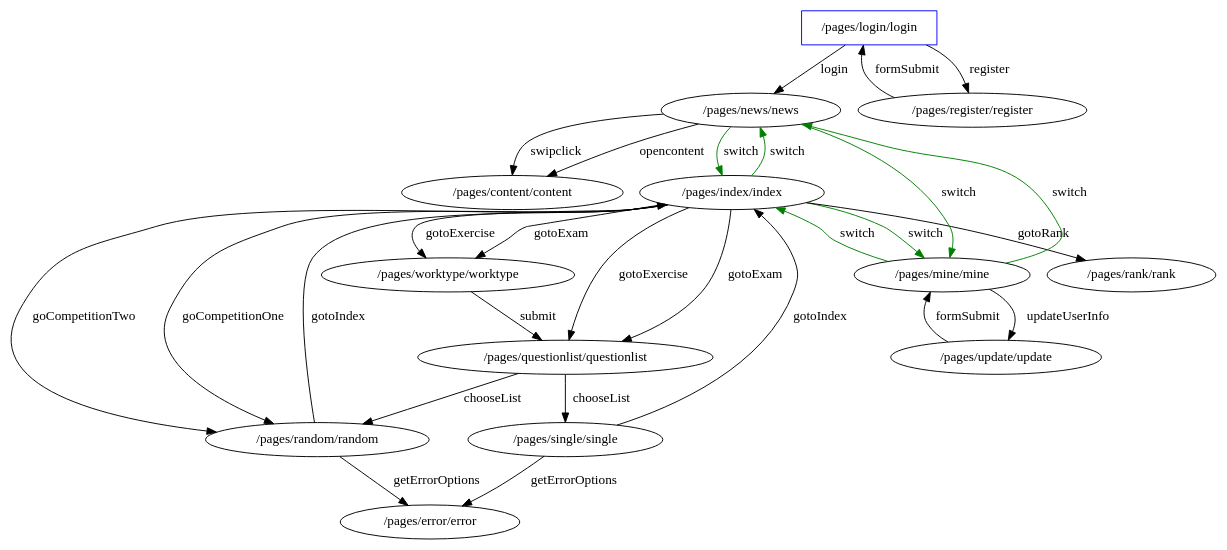
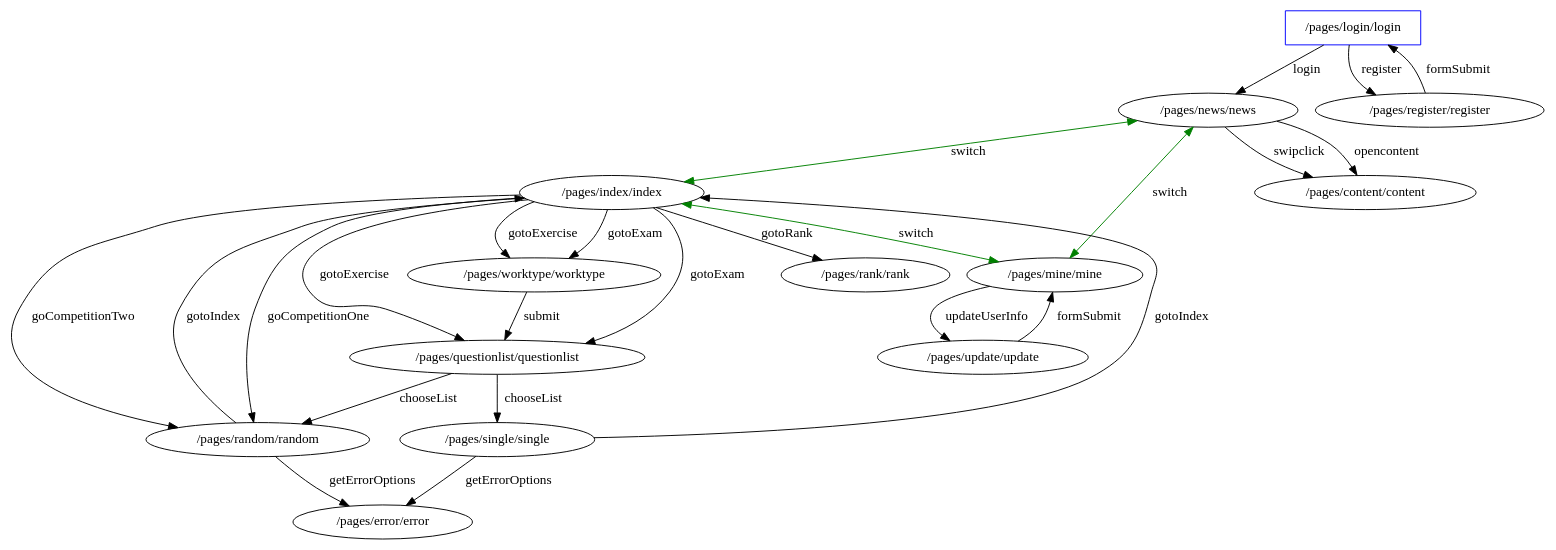
Before and after one commit to ppproxy/app-in-app-analysis: the diagram in graph/ng-table.gv, drawn with Graphviz. The commit also changed 972 other files, not shown here.

```diff
--- a/graph/ng-table.gv
+++ b/graph/ng-table.gv
@@ -1,43 +1,40 @@
 // UI State Transfer Diagram
 digraph {
+	"/pages/rank/rank" [label="/pages/rank/rank"]
 	"/pages/content/content" [label="/pages/content/content"]
+	"/pages/news/news" [label="/pages/news/news"]
+	"/pages/worktype/worktype" [label="/pages/worktype/worktype"]
+	"/pages/update/update" [label="/pages/update/update"]
+	"/pages/mine/mine" [label="/pages/mine/mine"]
+	"/pages/random/random" [label="/pages/random/random"]
 	"/pages/single/single" [label="/pages/single/single"]
+	"/pages/login/login" [label="/pages/login/login" color=blue shape=rectangle]
+	"/pages/questionlist/questionlist" [label="/pages/questionlist/questionlist"]
 	"/pages/index/index" [label="/pages/index/index"]
-	"/pages/worktype/worktype" [label="/pages/worktype/worktype"]
-	"/pages/questionlist/questionlist" [label="/pages/questionlist/questionlist"]
-	"/pages/mine/mine" [label="/pages/mine/mine"]
-	"/pages/news/news" [label="/pages/news/news"]
-	"/pages/update/update" [label="/pages/update/update"]
+	"/pages/error/error" [label="/pages/error/error"]
 	"/pages/register/register" [label="/pages/register/register"]
-	"/pages/login/login" [label="/pages/login/login" color=blue shape=rectangle]
-	"/pages/rank/rank" [label="/pages/rank/rank"]
-	"/pages/random/random" [label="/pages/random/random"]
-	"/pages/error/error" [label="/pages/error/error"]
-	"/pages/news/news" -> "/pages/index/index" [label=switch color=green]
-	"/pages/news/news" -> "/pages/mine/mine" [label=switch color=green]
-	"/pages/index/index" -> "/pages/news/news" [label=switch color=green]
-	"/pages/index/index" -> "/pages/mine/mine" [label=switch color=green]
-	"/pages/mine/mine" -> "/pages/news/news" [label=switch color=green]
-	"/pages/mine/mine" -> "/pages/index/index" [label=switch color=green]
+	"/pages/news/news" -> "/pages/index/index" [label=switch color=green dir=both]
+	"/pages/news/news" -> "/pages/mine/mine" [label=switch color=green dir=both]
+	"/pages/index/index" -> "/pages/mine/mine" [label=switch color=green dir=both]
+	"/pages/login/login" -> "/pages/register/register" [label=register]
 	"/pages/login/login" -> "/pages/news/news" [label=login]
-	"/pages/login/login" -> "/pages/register/register" [label=register]
 	"/pages/register/register" -> "/pages/login/login" [label=formSubmit]
-	"/pages/index/index" -> "/pages/worktype/worktype" [label=gotoExercise]
-	"/pages/index/index" -> "/pages/rank/rank" [label=gotoRank]
-	"/pages/index/index" -> "/pages/random/random" [label=goCompetitionTwo]
-	"/pages/index/index" -> "/pages/random/random" [label=goCompetitionOne]
 	"/pages/index/index" -> "/pages/worktype/worktype" [label=gotoExam]
 	"/pages/index/index" -> "/pages/questionlist/questionlist" [label=gotoExam]
+	"/pages/index/index" -> "/pages/random/random" [label=goCompetitionOne]
+	"/pages/index/index" -> "/pages/worktype/worktype" [label=gotoExercise]
+	"/pages/index/index" -> "/pages/random/random" [label=goCompetitionTwo]
 	"/pages/index/index" -> "/pages/questionlist/questionlist" [label=gotoExercise]
+	"/pages/index/index" -> "/pages/rank/rank" [label=gotoRank]
+	"/pages/single/single" -> "/pages/error/error" [label=getErrorOptions]
 	"/pages/single/single" -> "/pages/index/index" [label=gotoIndex]
-	"/pages/single/single" -> "/pages/error/error" [label=getErrorOptions]
 	"/pages/worktype/worktype" -> "/pages/questionlist/questionlist" [label=submit]
 	"/pages/questionlist/questionlist" -> "/pages/single/single" [label=chooseList]
 	"/pages/questionlist/questionlist" -> "/pages/random/random" [label=chooseList]
 	"/pages/mine/mine" -> "/pages/update/update" [label=updateUserInfo]
+	"/pages/random/random" -> "/pages/error/error" [label=getErrorOptions]
 	"/pages/random/random" -> "/pages/index/index" [label=gotoIndex]
-	"/pages/random/random" -> "/pages/error/error" [label=getErrorOptions]
 	"/pages/news/news" -> "/pages/content/content" [label=swipclick]
 	"/pages/news/news" -> "/pages/content/content" [label=opencontent]
 	"/pages/update/update" -> "/pages/mine/mine" [label=formSubmit]
 }
```
